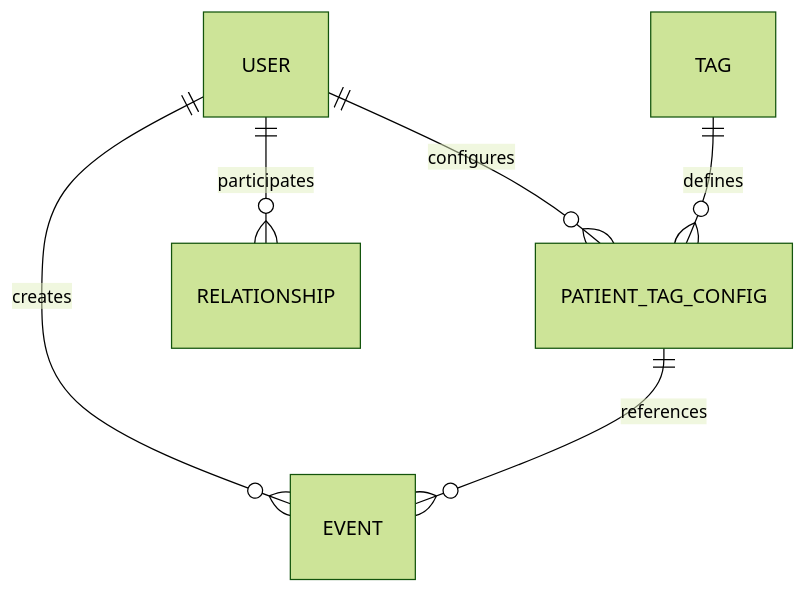
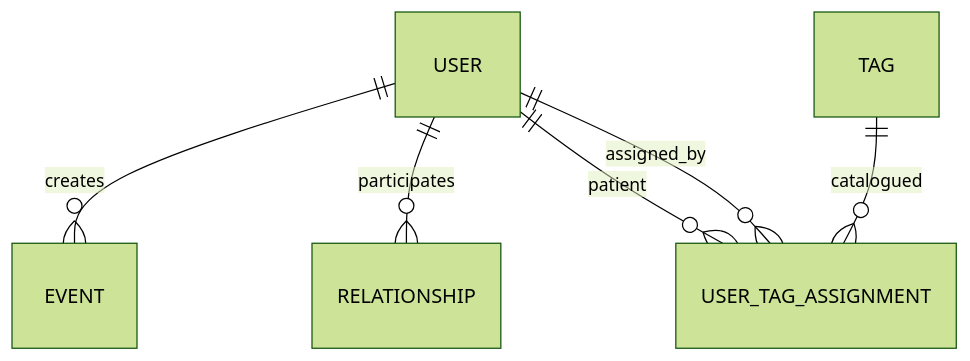
Before and after one commit to vilainricardo/hummor-project: the second of 2 diagrams in docs/SAD.md, drawn with Mermaid (forest theme). The commit also changed other lines of this file and 13 other files, not shown here.

First line of the commit message:
hotfix(tags): chave única paciente+tag+médico em user_tag_assignments

````diff
--- a/docs/SAD.md
+++ b/docs/SAD.md
@@ -572,10 +581,9 @@
 ```mermaid
 erDiagram
 USER ||--o{ EVENT : creates
 USER ||--o{ RELATIONSHIP : participates
 
-TAG ||--o{ PATIENT_TAG_CONFIG : defines
-USER ||--o{ PATIENT_TAG_CONFIG : configures
-
-PATIENT_TAG_CONFIG ||--o{ EVENT : references
+TAG ||--o{ USER_TAG_ASSIGNMENT : catalogued
+USER ||--o{ USER_TAG_ASSIGNMENT : patient
+USER ||--o{ USER_TAG_ASSIGNMENT : assigned_by
 ```
````
